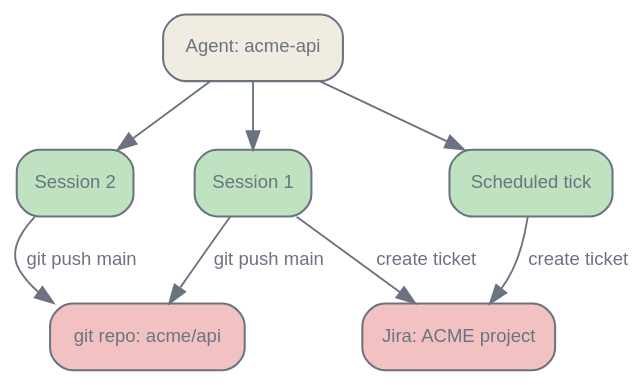
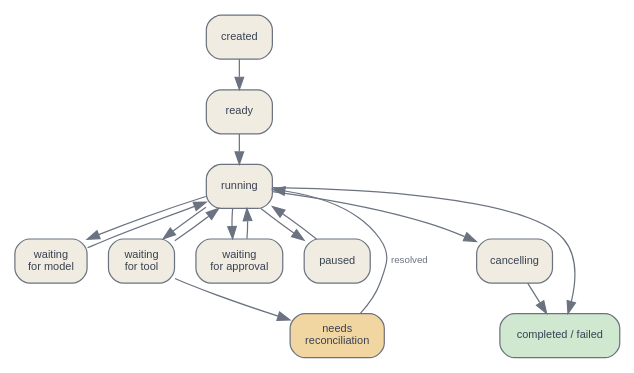
The diagram in en/orchestration/05-the-harness.qmd (latere-ai/ai-as-an-infrastructure), drawn with Graphviz before and after one commit. The commit also changed other lines of this file and 3 other files, not shown here.

````diff
--- a/en/orchestration/05-the-harness.qmd
+++ b/en/orchestration/05-the-harness.qmd
@@ -224,27 +87,34 @@
 ```{dot}
-//| label: fig-harness-lock-altitude
-//| fig-cap: "Session-level locking is the wrong altitude for a resource conflict. Each session is individually locked, yet two sessions of the same agent collide at a shared external resource the harness lock never reaches."
+//| label: fig-harness-state-machine
+//| fig-cap: "A harness state machine. Waits and reconciliation are visible states, not gaps in an output stream."
 digraph {
     bgcolor="transparent";
     rankdir=TB;
-    nodesep=0.4; ranksep=0.5;
-    node [shape=box, style="rounded,filled", fontname="Helvetica", fontsize=10, color="#6b7280", fontcolor="#6b7280", fillcolor="#f1ece1", penwidth=1.1];
-    edge [fontsize=10, fontname="Helvetica", color="#6b7280", fontcolor="#6b7280"];
+    size="4.6,5.2";
+    nodesep=0.24;
+    ranksep=0.32;
+    node [shape=box, style="rounded,filled", fontname="Helvetica", fontsize=9, color="#6b7280", fontcolor="#374151", fillcolor="#f1ece1"];
+    edge [fontname="Helvetica", fontsize=8, color="#6b7280", fontcolor="#6b7280"];
 
-    A [label="Agent: acme-api"];
-    S1 [label="Session 1", fillcolor="#bfe3c0"];
-    S2 [label="Session 2", fillcolor="#bfe3c0"];
-    S3 [label="Scheduled tick", fillcolor="#bfe3c0"];
-    GIT [label="git repo: acme/api", fillcolor="#f2c2c2"];
-    JIRA [label="Jira: ACME project", fillcolor="#f2c2c2"];
+    C [label="created"];
+    R [label="ready"];
+    X [label="running"];
+    M [label="waiting\nfor model"];
+    T [label="waiting\nfor tool"];
+    A [label="waiting\nfor approval"];
+    P [label="paused"];
+    K [label="cancelling"];
+    Q [label="needs\nreconciliation", fillcolor="#f2d6a2"];
+    D [label="completed / failed", fillcolor="#cfe8cf"];
 
-    A -> S1;
-    A -> S2;
-    A -> S3;
-
-    S1 -> GIT [label="git push main"];
-    S2 -> GIT [label="git push main"];
-    S3 -> JIRA [label="create ticket"];
-    S1 -> JIRA [label="create ticket"];
+    C -> R -> X;
+    X -> M -> X;
+    X -> T -> X;
+    X -> A -> X;
+    X -> P -> X;
+    X -> K -> D;
+    T -> Q;
+    Q -> X [label="resolved"];
+    X -> D;
 }
 ```
````
